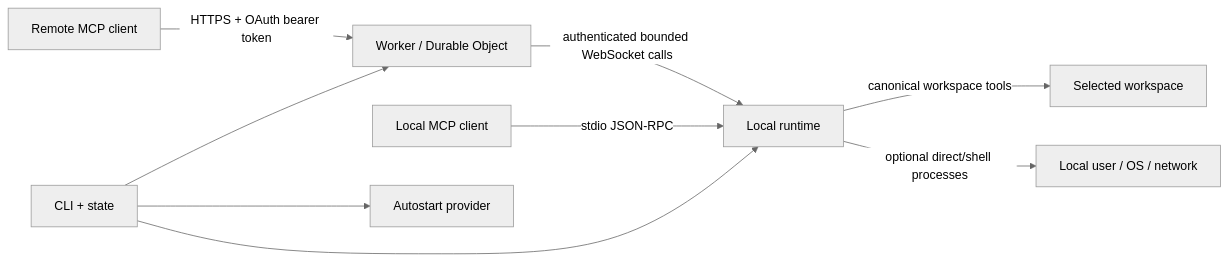
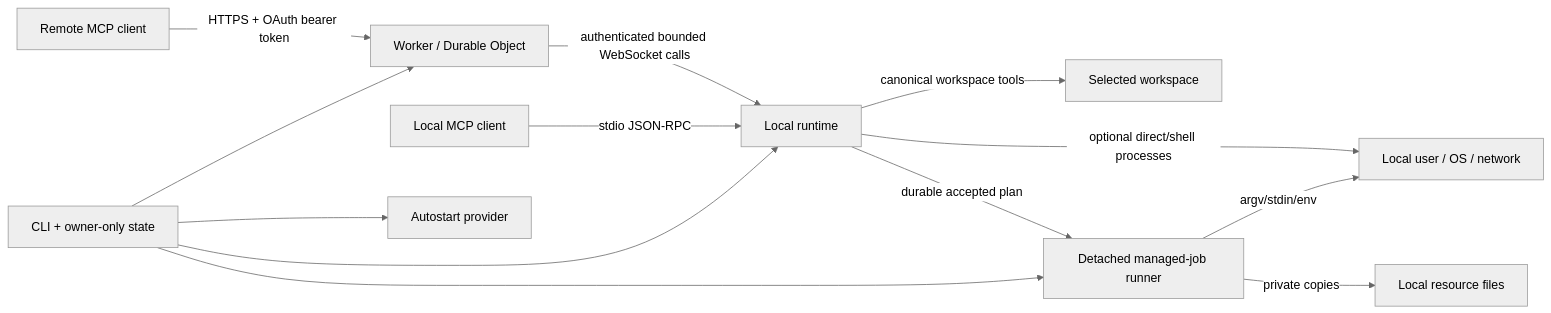
One commit to YuLeiFuYun/machine-bridge-mcp changed the diagram in docs/ARCHITECTURE.md. Above: the diagram before and after it, drawn with Mermaid (neutral theme). The commit also changed other lines of this file and 23 other files, not shown here.

Commit message:
feat: add durable managed jobs and local resources

````diff
--- a/docs/ARCHITECTURE.md
+++ b/docs/ARCHITECTURE.md
@@ -62,11 +84,15 @@
 ```mermaid
 flowchart LR
   C[Remote MCP client] -->|HTTPS + OAuth bearer token| W[Worker / Durable Object]
   W -->|authenticated bounded WebSocket calls| R[Local runtime]
   L[Local MCP client] -->|stdio JSON-RPC| R
   R -->|canonical workspace tools| F[Selected workspace]
   R -->|optional direct/shell processes| P[Local user / OS / network]
-  CLI[CLI + state] --> W
+  R -->|durable accepted plan| J[Detached managed-job runner]
+  J -->|private copies| LR[Local resource files]
+  J -->|argv/stdin/env| P
+  CLI[CLI + owner-only state] --> W
   CLI --> R
+  CLI --> J
   CLI --> S[Autostart provider]
 ```
````
